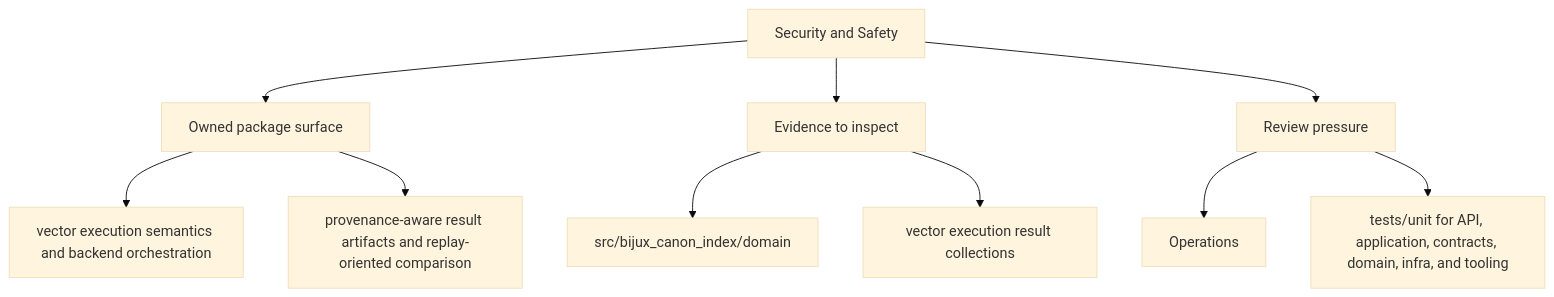
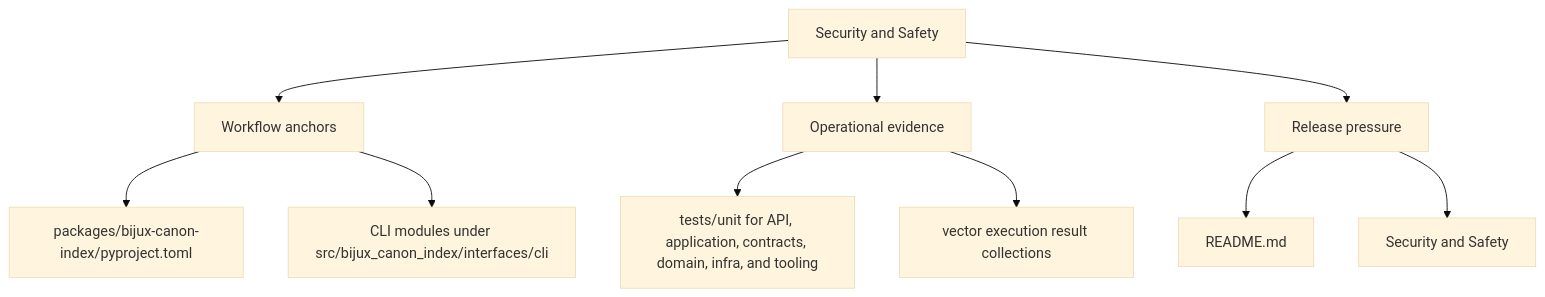
One commit to bijux/bijux-canon changed the second of 2 diagrams in docs/bijux-canon-index/operations/security-and-safety.md. Above: the diagram before and after it, drawn with Mermaid (base theme). The commit also changed other lines of this file and 250 other files, not shown here.

Commit message:
docs(diagrams): make product page maps more readable

````diff
--- a/docs/bijux-canon-index/operations/security-and-safety.md
+++ b/docs/bijux-canon-index/operations/security-and-safety.md
@@ -34,22 +34,22 @@
 ```mermaid
 flowchart TD
     page["Security and Safety"]
-    focus1["Owned package surface"]
+    focus1["Workflow anchors"]
     page --> focus1
-    focus1_1["vector execution semantics and backend orchestration"]
+    focus1_1["packages/bijux-canon-index/pyproject.toml"]
     focus1 --> focus1_1
-    focus1_2["provenance-aware result artifacts and replay-oriented comparison"]
+    focus1_2["CLI modules under src/bijux_canon_index/interfaces/cli"]
     focus1 --> focus1_2
-    focus2["Evidence to inspect"]
+    focus2["Operational evidence"]
     page --> focus2
-    focus2_1["src/bijux_canon_index/domain"]
+    focus2_1["tests/unit for API, application, contracts, domain, infra, and tooling"]
     focus2 --> focus2_1
     focus2_2["vector execution result collections"]
     focus2 --> focus2_2
-    focus3["Review pressure"]
+    focus3["Release pressure"]
     page --> focus3
-    focus3_1["Operations"]
+    focus3_1["README.md"]
     focus3 --> focus3_1
-    focus3_2["tests/unit for API, application, contracts, domain, infra, and tooling"]
+    focus3_2["Security and Safety"]
     focus3 --> focus3_2
 ```
````
